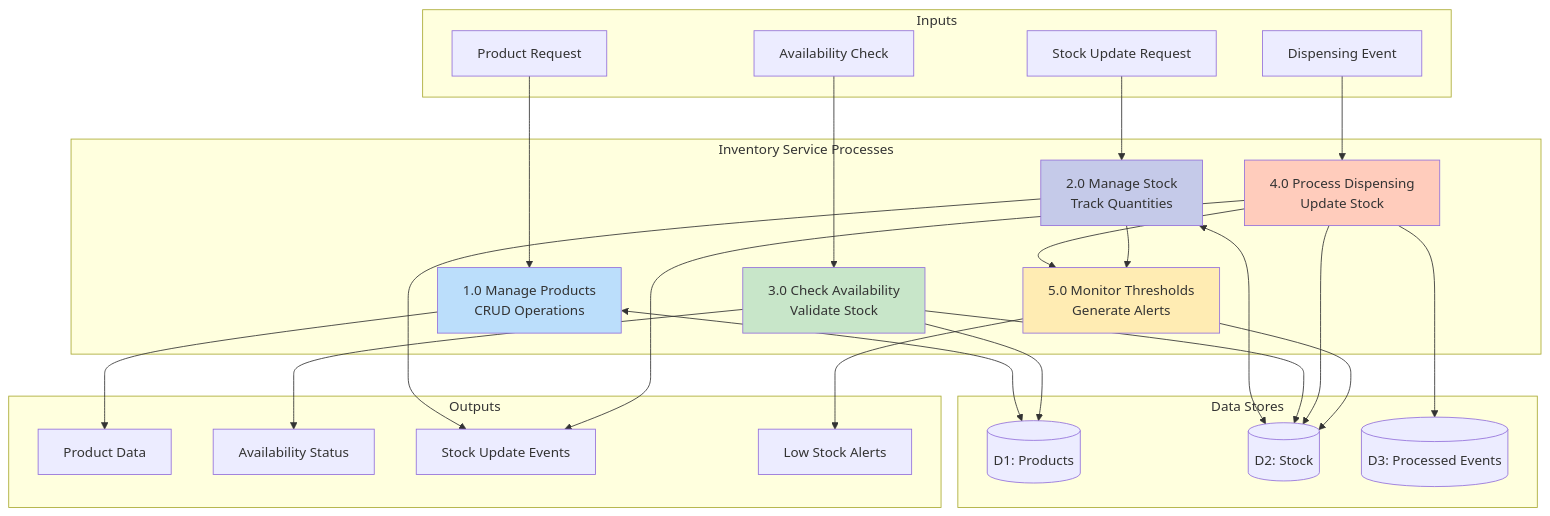
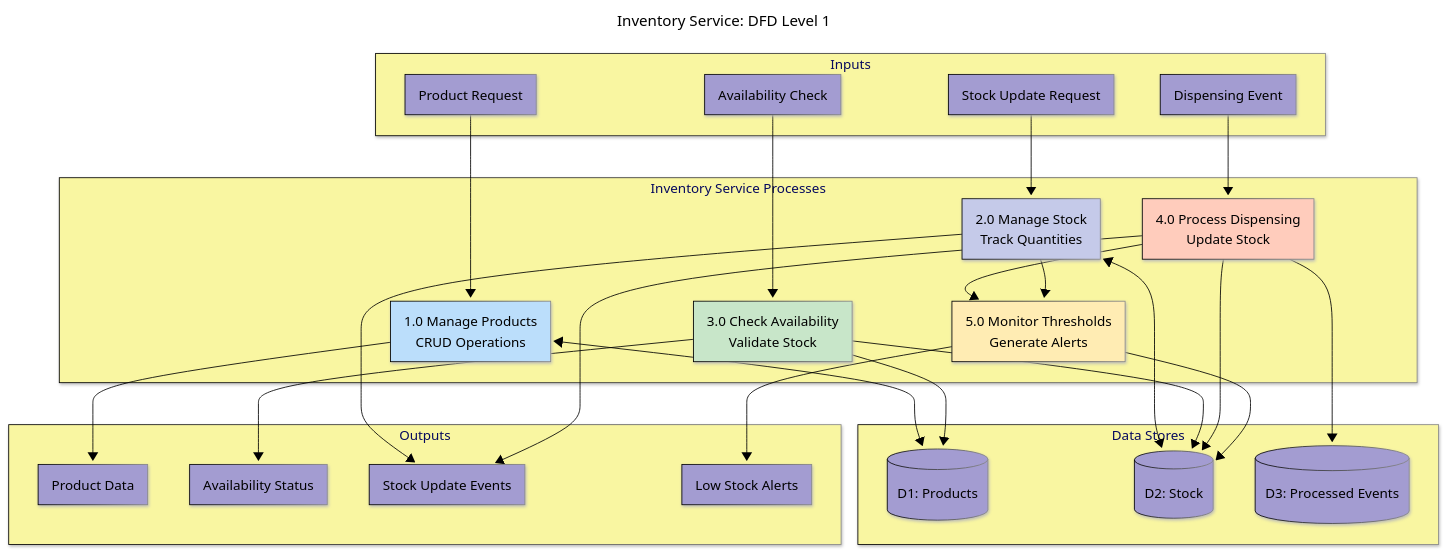
One commit to BrunoGil-AS/Vending-Machine-Microservices changed the fourth of 9 diagrams in Documentation/diagrams/inventory-service.md. Above: the diagram before and after it, drawn with Mermaid. The commit also changed other lines of this file and 7 other files, not shown here.

Commit message:
docs: Update service diagrams with new configurations and titles

````diff
--- a/Documentation/diagrams/inventory-service.md
+++ b/Documentation/diagrams/inventory-service.md
@@ -167,58 +209,72 @@
 ```mermaid
+---
+config:
+  theme: base
+  themeVariables:
+    primaryColor: '#a39cd1ff'
+    primaryTextColor: '#000000'
+    secondaryTextColor: '#ffffffff'
+    primaryBorderColor: '#000000'
+    lineColor: '#000000ff'
+    secondaryColor: '#90b590ff'
+    tertiaryColor: '#f9f6a1ff'
+  look: neo
+title: 'Inventory Service: DFD Level 1'
+---
 graph TB
     subgraph "Inputs"
         INPUT1[Product Request]
         INPUT2[Stock Update Request]
         INPUT3[Availability Check]
         INPUT4[Dispensing Event]
     end
 
     subgraph "Inventory Service Processes"
         P1[1.0 Manage Products<br/>CRUD Operations]
         P2[2.0 Manage Stock<br/>Track Quantities]
         P3[3.0 Check Availability<br/>Validate Stock]
         P4[4.0 Process Dispensing<br/>Update Stock]
         P5[5.0 Monitor Thresholds<br/>Generate Alerts]
     end
 
     subgraph "Data Stores"
         D1[(D1: Products)]
         D2[(D2: Stock)]
         D3[(D3: Processed Events)]
     end
 
     subgraph "Outputs"
         OUTPUT1[Product Data]
         OUTPUT2[Availability Status]
         OUTPUT3[Stock Update Events]
         OUTPUT4[Low Stock Alerts]
     end
 
     INPUT1 --> P1
     INPUT2 --> P2
     INPUT3 --> P3
     INPUT4 --> P4
 
     P1 <--> D1
     P2 <--> D2
     P3 --> D1
     P3 --> D2
     P4 --> D2
     P4 --> D3
     P4 --> P5
     P2 --> P5
 
     P5 --> D2
 
     P1 --> OUTPUT1
     P3 --> OUTPUT2
     P2 --> OUTPUT3
     P4 --> OUTPUT3
     P5 --> OUTPUT4
 
     style P1 fill:#bbdefb
     style P2 fill:#c5cae9
     style P3 fill:#c8e6c9
     style P4 fill:#ffccbc
     style P5 fill:#ffecb3
 ```
````
